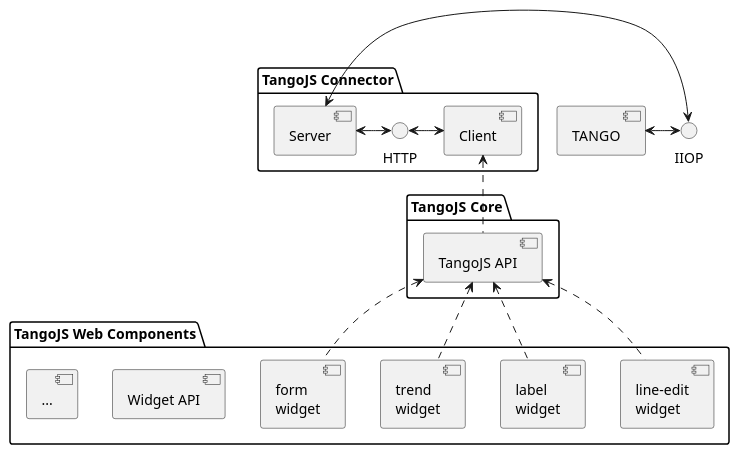
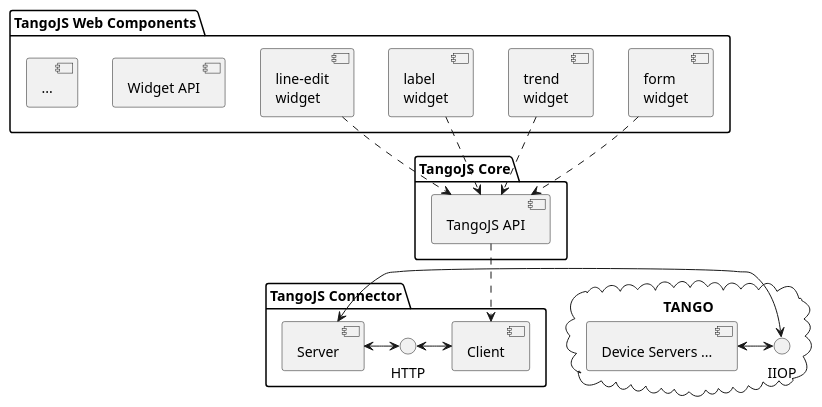
The diagram in thesis/figures/uml-source/03-tangojs-architecture.pu (mliszcz/msc-thesis), drawn with PlantUML before and after one commit. The commit also changed 6 other files, not shown here.

```diff
--- a/thesis/figures/uml-source/03-tangojs-architecture.pu
+++ b/thesis/figures/uml-source/03-tangojs-architecture.pu
@@ -1,37 +1,33 @@
 @startuml
-
-package "TangoJS Connector" {
-  [Server] <-> HTTP
-  HTTP <-> [Client]
-}
-
-package "TangoJS Core" {
-  [TangoJS API] as API
-}
 
 package "TangoJS Web Components" {
   [line-edit\nwidget] as WLineEdit
   [label\nwidget] as WLabel
   [trend\nwidget] as WTrend
   [form\nwidget] as WForm
   [Widget API]
   [...]
 }
 
-[TANGO] <-> IIOP
-IIOP <-> [Server]
-[Client] <.. [API]
-[API] <.. WLineEdit
-[API] <.. WLabel
-[API] <.. WTrend
-[API] <.. WForm
+package "TangoJS Core" {
+  [TangoJS API] as API
+}
 
-' [Web Application] as WA
-'
-' WA ..> [line-edit]
-' WA ..> [label]
-' WA ..> [trend]
-' WA ..> [form]
-' WA ..> [API]
+package "TangoJS Connector" {
+  [Server] <-> HTTP
+  HTTP <-> [Client]
+}
+
+cloud "TANGO" {
+  IIOP <-> [Server]
+  [Device Servers ...] <-> IIOP
+}
+
+
+[Client] <.u. [API]
+[API] <.u. WLineEdit
+[API] <.u. WLabel
+[API] <.u. WTrend
+[API] <.u. WForm
 
 @enduml
```
